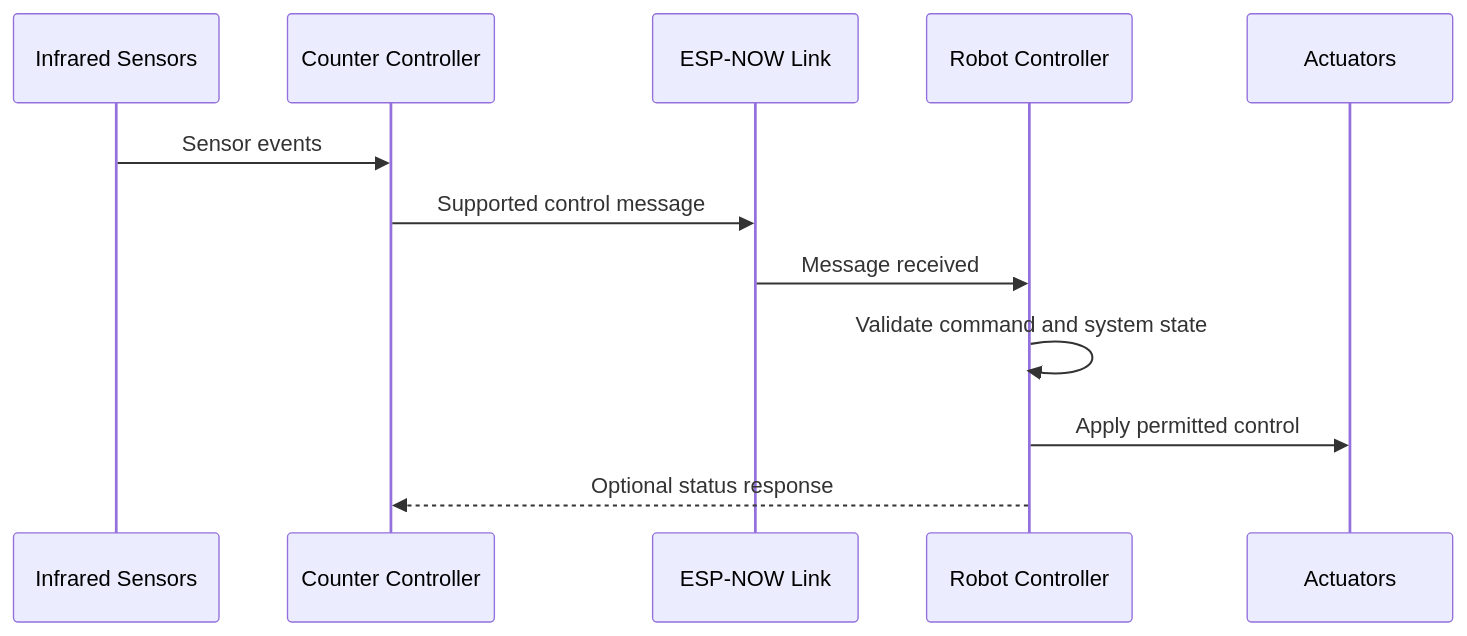
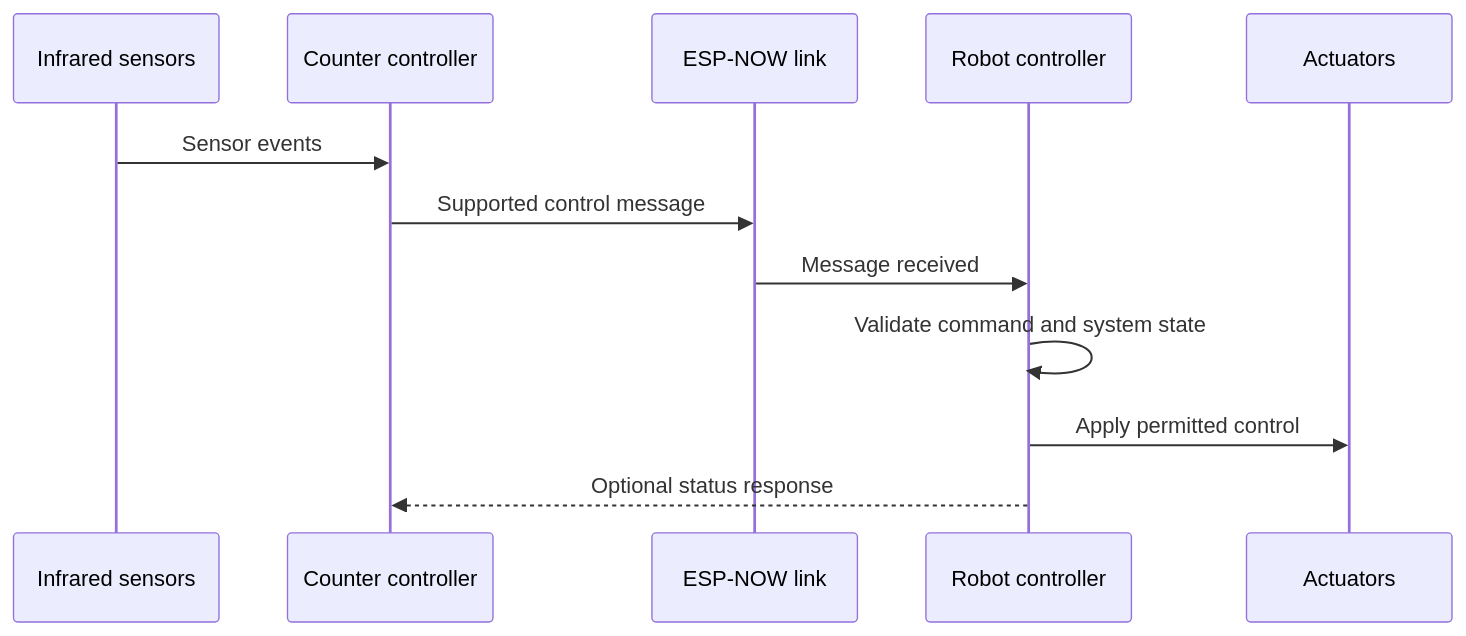
Before and after one commit to afrazakbar/AWC: the second of 2 diagrams in README.md, drawn with Mermaid. The commit also changed other lines of this file, not shown here.

````diff
--- a/README.md
+++ b/README.md
@@ -342,15 +274,15 @@
 ```mermaid
 sequenceDiagram
-    participant S as Infrared Sensors
-    participant C as Counter Controller
-    participant W as ESP-NOW Link
-    participant R as Robot Controller
+    participant S as Infrared sensors
+    participant C as Counter controller
+    participant W as ESP-NOW link
+    participant R as Robot controller
     participant A as Actuators
 
     S->>C: Sensor events
     C->>W: Supported control message
     W->>R: Message received
     R->>R: Validate command and system state
     R->>A: Apply permitted control
     R-->>C: Optional status response
 ```
````
